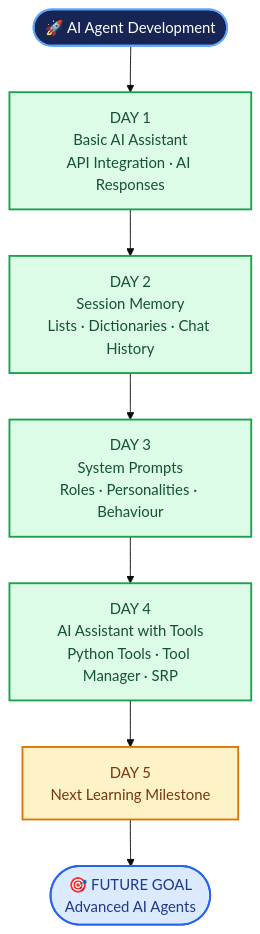
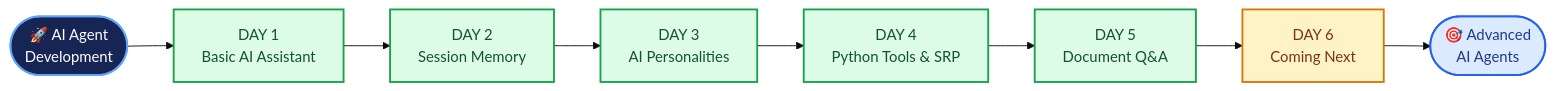
One commit to mdaamir6870/ai-agent-development changed the diagram in README.md. Above: the diagram before and after it, drawn with Mermaid (base theme). The commit also changed other lines of this file and 7 other files, not shown here.

Commit message:
Update master README with Day 5 document Q&A

````diff
--- a/README.md
+++ b/README.md
@@ -83,31 +97,29 @@
-```mermaid
-flowchart TD
-    START(["🚀 AI Agent Development"])
+```mermaid id="r8v4k2"
+flowchart LR
+    START(["🚀 AI Agent<br/>Development"])
+    D1["DAY 1<br/>Basic AI Assistant"]
+    D2["DAY 2<br/>Session Memory"]
+    D3["DAY 3<br/>AI Personalities"]
+    D4["DAY 4<br/>Python Tools & SRP"]
+    D5["DAY 5<br/>Document Q&A"]
+    NEXT["DAY 6<br/>Coming Next"]
+    GOAL(["🎯 Advanced<br/>AI Agents"])
 
-    D1["DAY 1<br/>Basic AI Assistant<br/>API Integration · AI Responses"]
-    D2["DAY 2<br/>Session Memory<br/>Lists · Dictionaries · Chat History"]
-    D3["DAY 3<br/>System Prompts<br/>Roles · Personalities · Behaviour"]
-    D4["DAY 4<br/>AI Assistant with Tools<br/>Python Tools · Tool Manager · SRP"]
-    NEXT["DAY 5<br/>Next Learning Milestone"]
-    GOAL(["🎯 FUTURE GOAL<br/>Advanced AI Agents"])
-
-    START --> D1 --> D2 --> D3 --> D4 --> NEXT --> GOAL
+    START --> D1 --> D2 --> D3 --> D4 --> D5 --> NEXT --> GOAL
 
     click D1 "./Day-1/README.md" "Explore Day 1"
     click D2 "./Day-2/README.md" "Explore Day 2"
     click D3 "./Day-3/README.md" "Explore Day 3"
     click D4 "./Day-4/README.md" "Explore Day 4"
+    click D5 "./Day-5/README.md" "Explore Day 5"
 
     classDef start fill:#172554,stroke:#60a5fa,color:#ffffff,stroke-width:2px
     classDef completed fill:#dcfce7,stroke:#16a34a,color:#14532d,stroke-width:2px
     classDef upcoming fill:#fef3c7,stroke:#d97706,color:#78350f,stroke-width:2px
     classDef future fill:#dbeafe,stroke:#2563eb,color:#1e3a8a,stroke-width:2px
 
     class START start
-    class D1,D2,D3,D4 completed
+    class D1,D2,D3,D4,D5 completed
     class NEXT upcoming
     class GOAL future
-
-    style START rx:12,ry:12
-    style GOAL rx:12,ry:12
 ```
````
